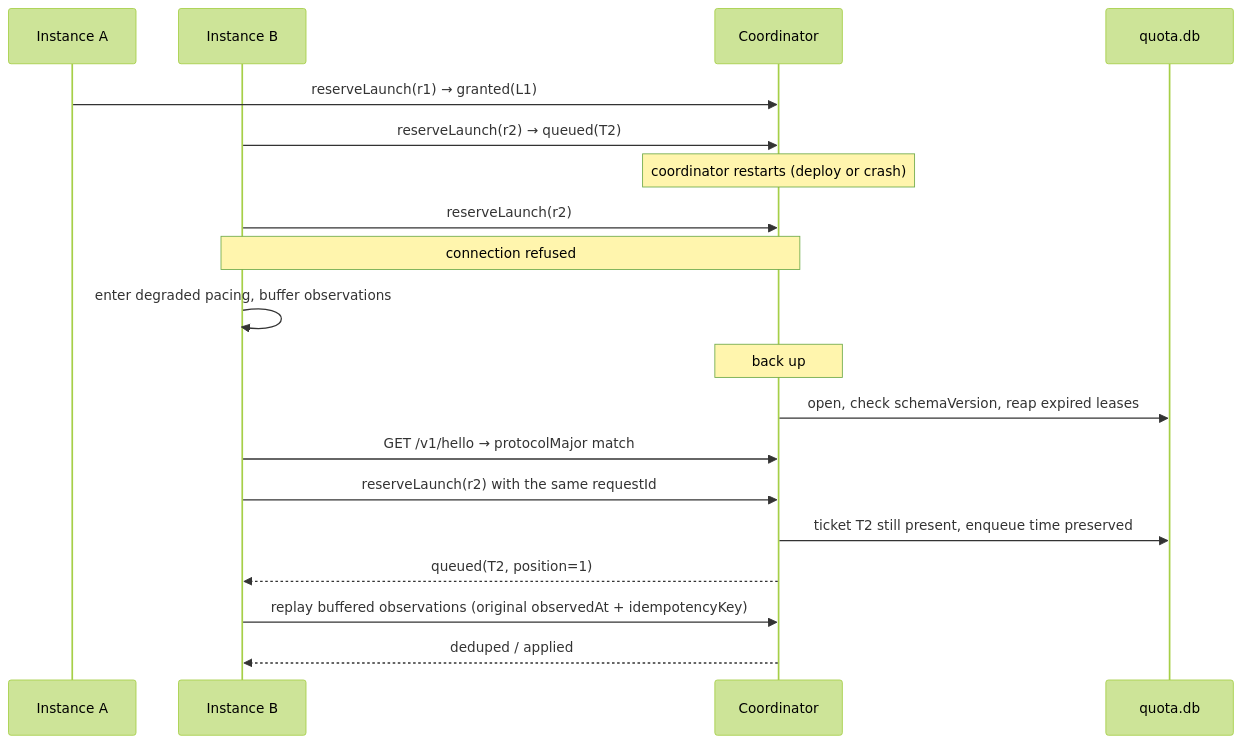
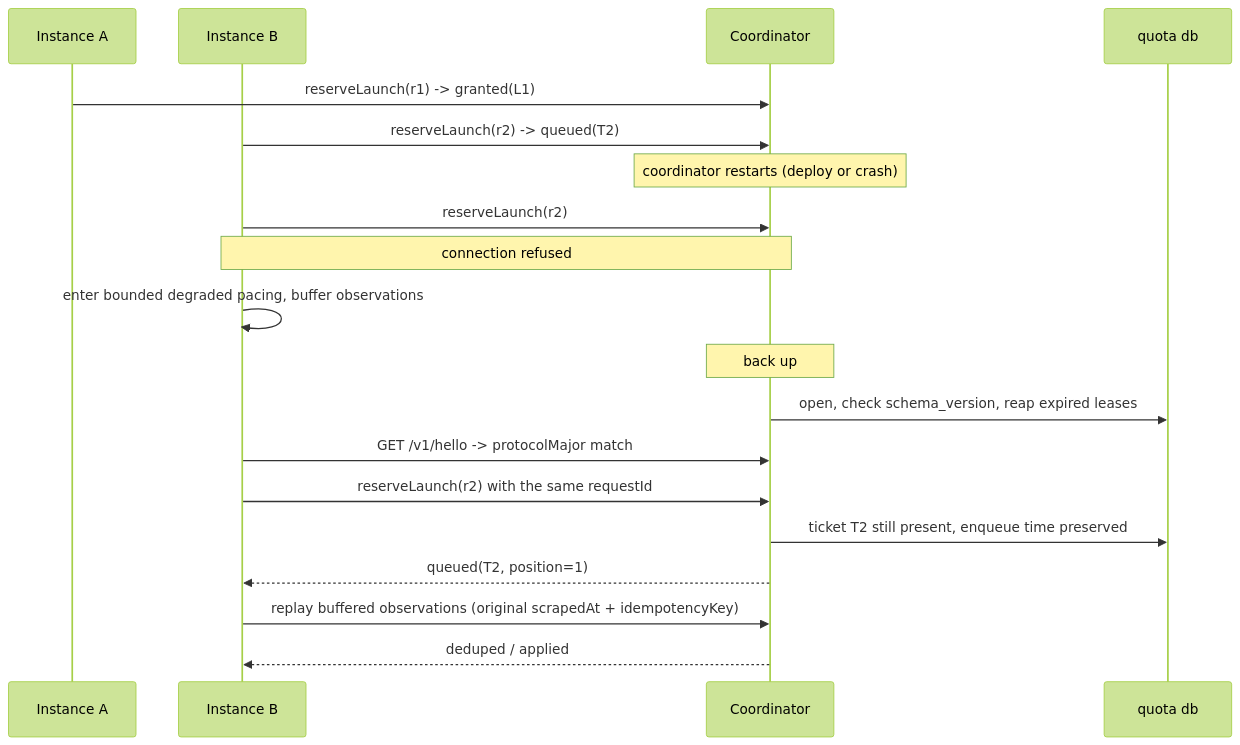
The fourth of 5 diagrams in docs/quota-coordinator-design.md (MEK-Org/rusa), drawn with Mermaid (forest theme) before and after one commit. The commit also changed other lines of this file, not shown here.

First line of the commit message:
docs(quota): revise coordinator design after review (#178)

````diff
--- a/docs/quota-coordinator-design.md
+++ b/docs/quota-coordinator-design.md
@@ -671,22 +826,22 @@
 ```mermaid
 sequenceDiagram
     participant A as Instance A
     participant B as Instance B
     participant C as Coordinator
-    participant D as quota.db
+    participant D as quota db
 
-    A->>C: reserveLaunch(r1) → granted(L1)
-    B->>C: reserveLaunch(r2) → queued(T2)
+    A->>C: reserveLaunch(r1) -> granted(L1)
+    B->>C: reserveLaunch(r2) -> queued(T2)
     Note over C: coordinator restarts (deploy or crash)
     B->>C: reserveLaunch(r2)
     Note over B,C: connection refused
-    B->>B: enter degraded pacing, buffer observations
+    B->>B: enter bounded degraded pacing, buffer observations
     Note over C: back up
-    C->>D: open, check schemaVersion, reap expired leases
-    B->>C: GET /v1/hello → protocolMajor match
+    C->>D: open, check schema_version, reap expired leases
+    B->>C: GET /v1/hello -> protocolMajor match
     B->>C: reserveLaunch(r2) with the same requestId
     C->>D: ticket T2 still present, enqueue time preserved
     C-->>B: queued(T2, position=1)
-    B->>C: replay buffered observations (original observedAt + idempotencyKey)
+    B->>C: replay buffered observations (original scrapedAt + idempotencyKey)
     C-->>B: deduped / applied
 ```
````
